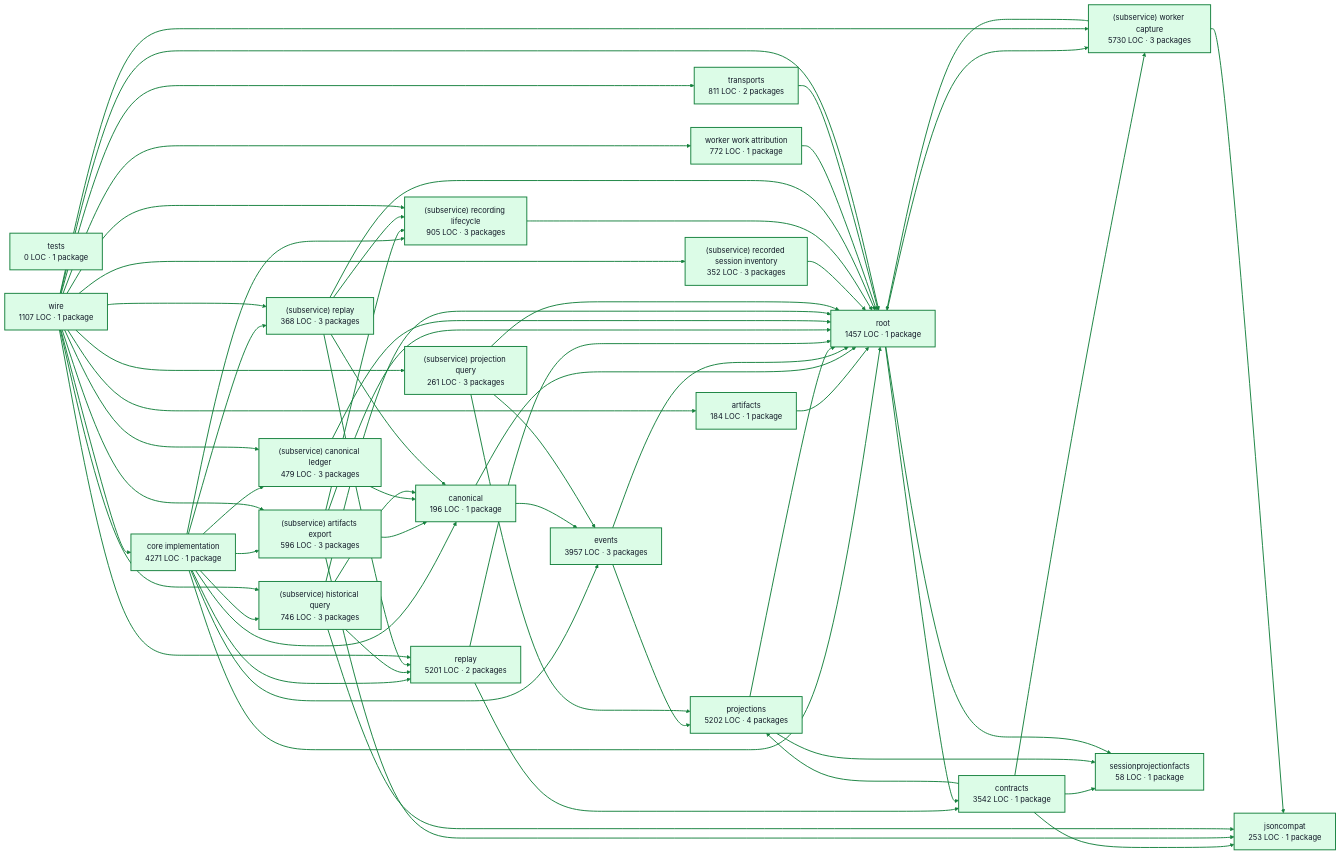
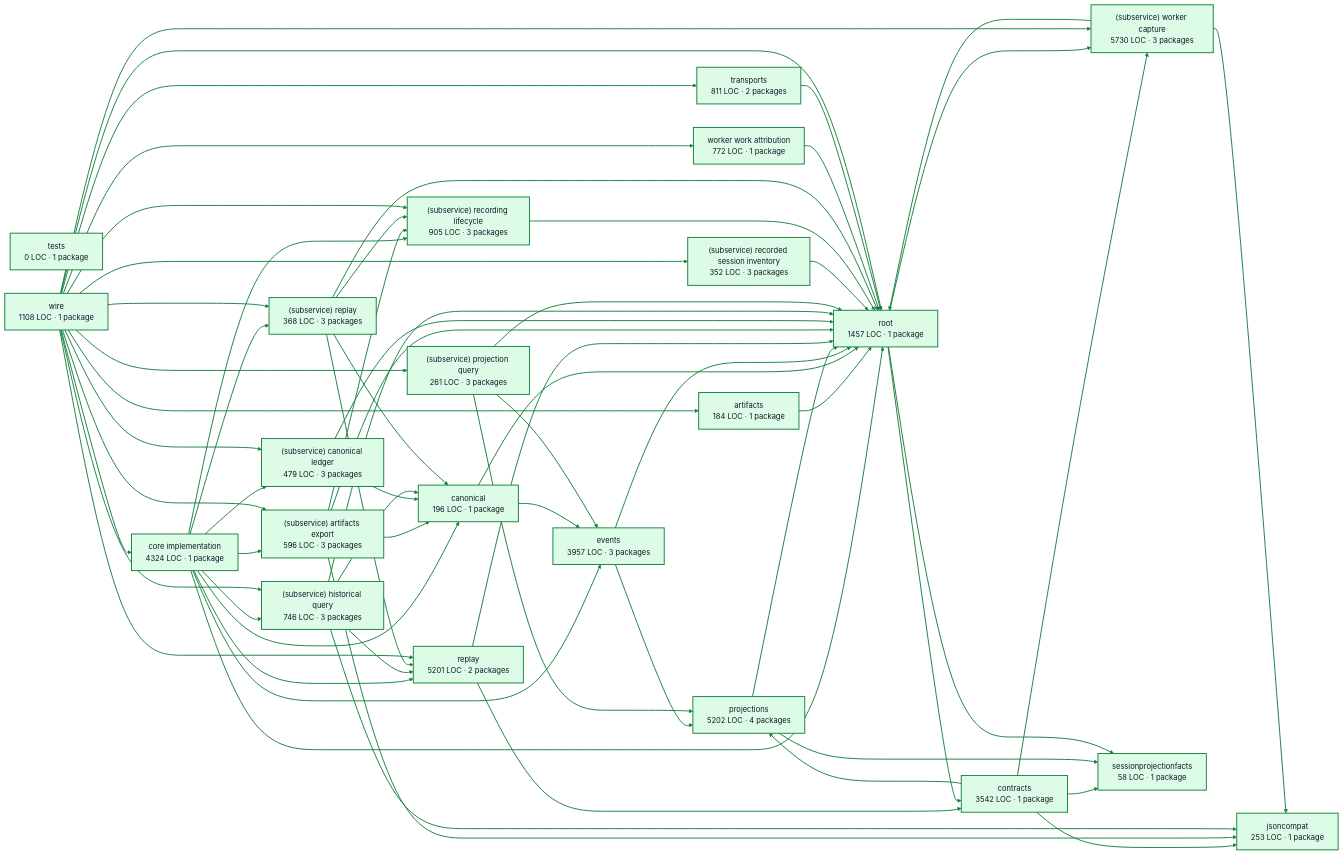
The diagram in docs/architecture/visualizations/services/recordings.md (portpowered/you-agent-factory), drawn with Mermaid before and after one commit. The commit also changed other lines of this file and 20 other files, not shown here.

Commit message:
docs: refresh backend architecture visualizations

````diff
--- a/docs/architecture/visualizations/services/recordings.md
+++ b/docs/architecture/visualizations/services/recordings.md
@@ -11,6 +11,6 @@
 ```mermaid
 flowchart LR
-  p0["core implementation<br/>4271 LOC · 1 package"]
+  p0["core implementation<br/>4324 LOC · 1 package"]
   p1["artifacts<br/>184 LOC · 1 package"]
   p2["canonical<br/>196 LOC · 1 package"]
   p3["contracts<br/>3542 LOC · 1 package"]
@@ -31,7 +31,7 @@
   p18["worker work attribution<br/>772 LOC · 1 package"]
   p19["root<br/>1457 LOC · 1 package"]
   p20["transports<br/>811 LOC · 2 packages"]
-  p21["wire<br/>1107 LOC · 1 package"]
+  p21["wire<br/>1108 LOC · 1 package"]
   p0 --> p2
   p0 --> p4
   p0 --> p7
````
